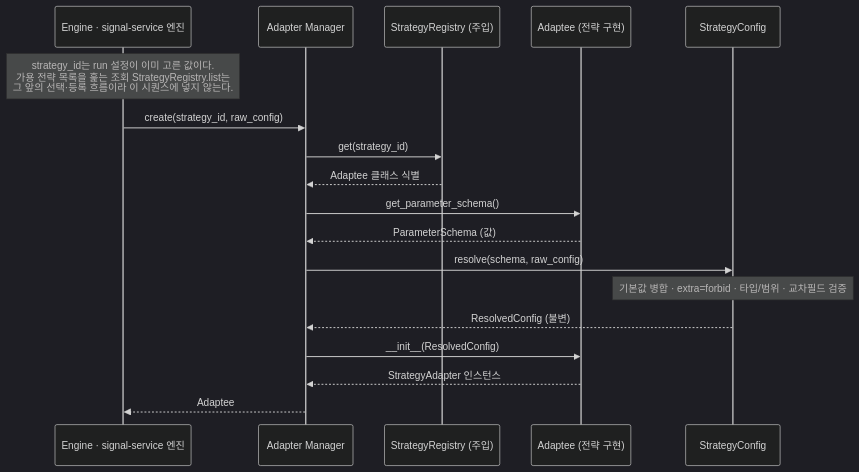
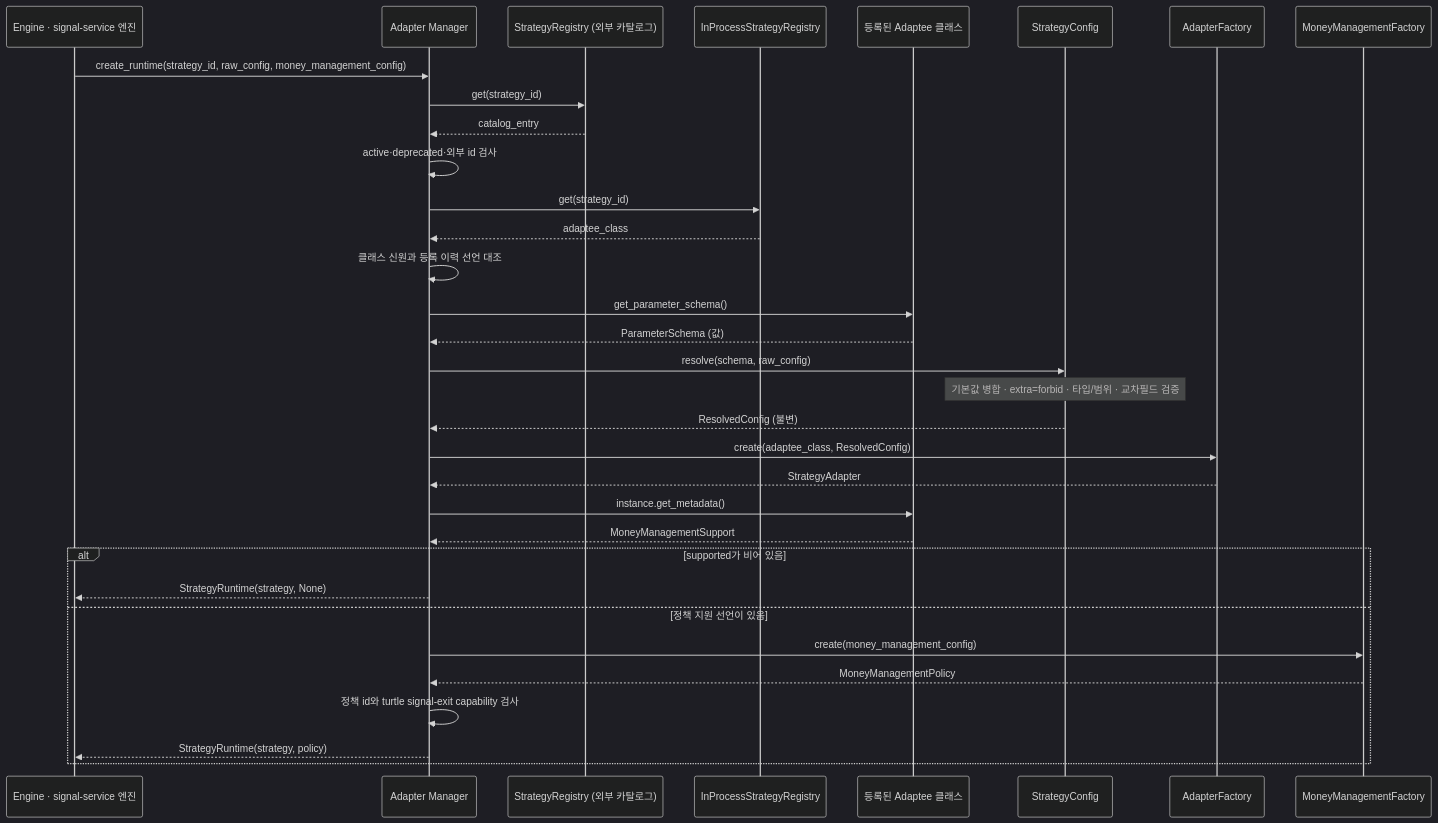
Before and after one commit to vessel35/trading-system-v2: diagram 15 of 38 in docs/fullspec/backtest_v2_detailed_design.md, drawn with Mermaid (dark theme). The commit also changed other lines of this file and 1 other file, not shown here.

````diff
--- a/docs/fullspec/backtest_v2_detailed_design.md
+++ b/docs/fullspec/backtest_v2_detailed_design.md
@@ -1872,20 +2168,35 @@
 ```mermaid
 sequenceDiagram
     participant E as Engine · signal-service 엔진
     participant AM as Adapter Manager
-    participant REG as StrategyRegistry (주입)
-    participant AD as Adaptee (전략 구현)
+    participant CR as StrategyRegistry (외부 카탈로그)
+    participant IR as InProcessStrategyRegistry
+    participant AD as 등록된 Adaptee 클래스
     participant SC as StrategyConfig
-    Note over E: strategy_id는 run 설정이 이미 고른 값이다.<br/>가용 전략 목록을 훑는 조회 StrategyRegistry.list는<br/>그 앞의 선택·등록 흐름이라 이 시퀀스에 넣지 않는다.
-    E->>AM: create(strategy_id, raw_config)
-    AM->>REG: get(strategy_id)
-    REG-->>AM: Adaptee 클래스 식별
+    participant AF as AdapterFactory
+    participant MF as MoneyManagementFactory
+    E->>AM: create_runtime(strategy_id, raw_config, money_management_config)
+    AM->>CR: get(strategy_id)
+    CR-->>AM: catalog_entry
+    AM->>AM: active·deprecated·외부 id 검사
+    AM->>IR: get(strategy_id)
+    IR-->>AM: adaptee_class
+    AM->>AM: 클래스 신원과 등록 이력 선언 대조
     AM->>AD: get_parameter_schema()
     AD-->>AM: ParameterSchema (값)
     AM->>SC: resolve(schema, raw_config)
     Note over SC: 기본값 병합 · extra=forbid · 타입/범위 · 교차필드 검증
     SC-->>AM: ResolvedConfig (불변)
-    AM->>AD: __init__(ResolvedConfig)
-    AD-->>AM: StrategyAdapter 인스턴스
-    AM-->>E: Adaptee
+    AM->>AF: create(adaptee_class, ResolvedConfig)
+    AF-->>AM: StrategyAdapter
+    AM->>AD: instance.get_metadata()
+    AD-->>AM: MoneyManagementSupport
+    alt supported가 비어 있음
+        AM-->>E: StrategyRuntime(strategy, None)
+    else 정책 지원 선언이 있음
+        AM->>MF: create(money_management_config)
+        MF-->>AM: MoneyManagementPolicy
+        AM->>AM: 정책 id와 turtle signal-exit capability 검사
+        AM-->>E: StrategyRuntime(strategy, policy)
+    end
 ```
````
